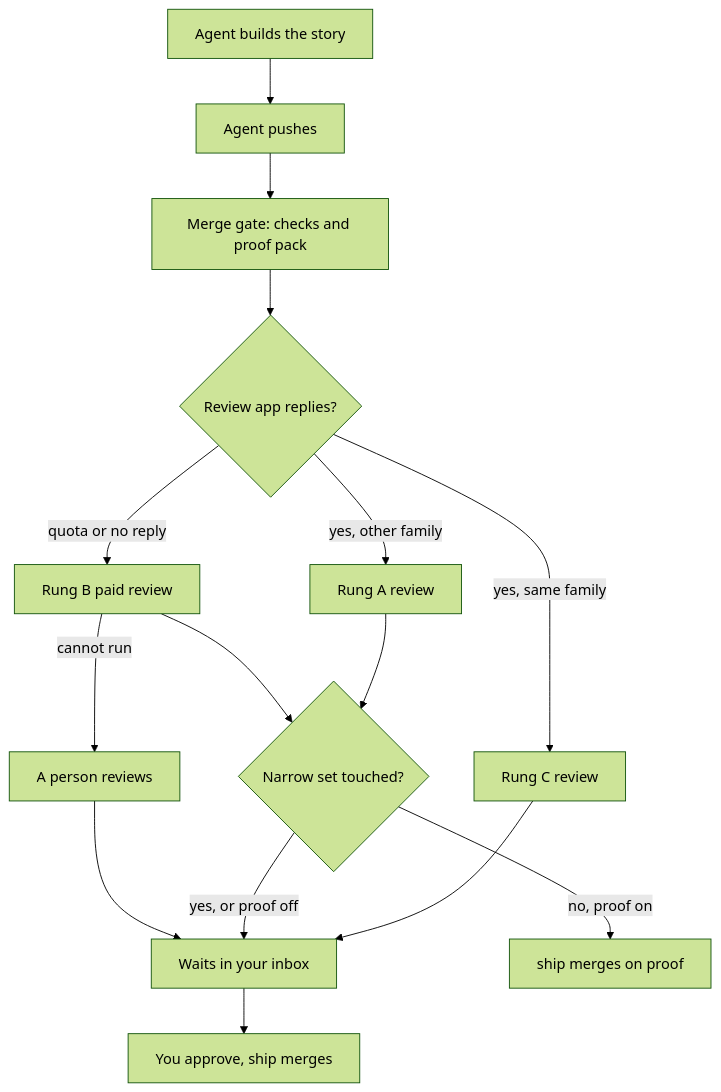
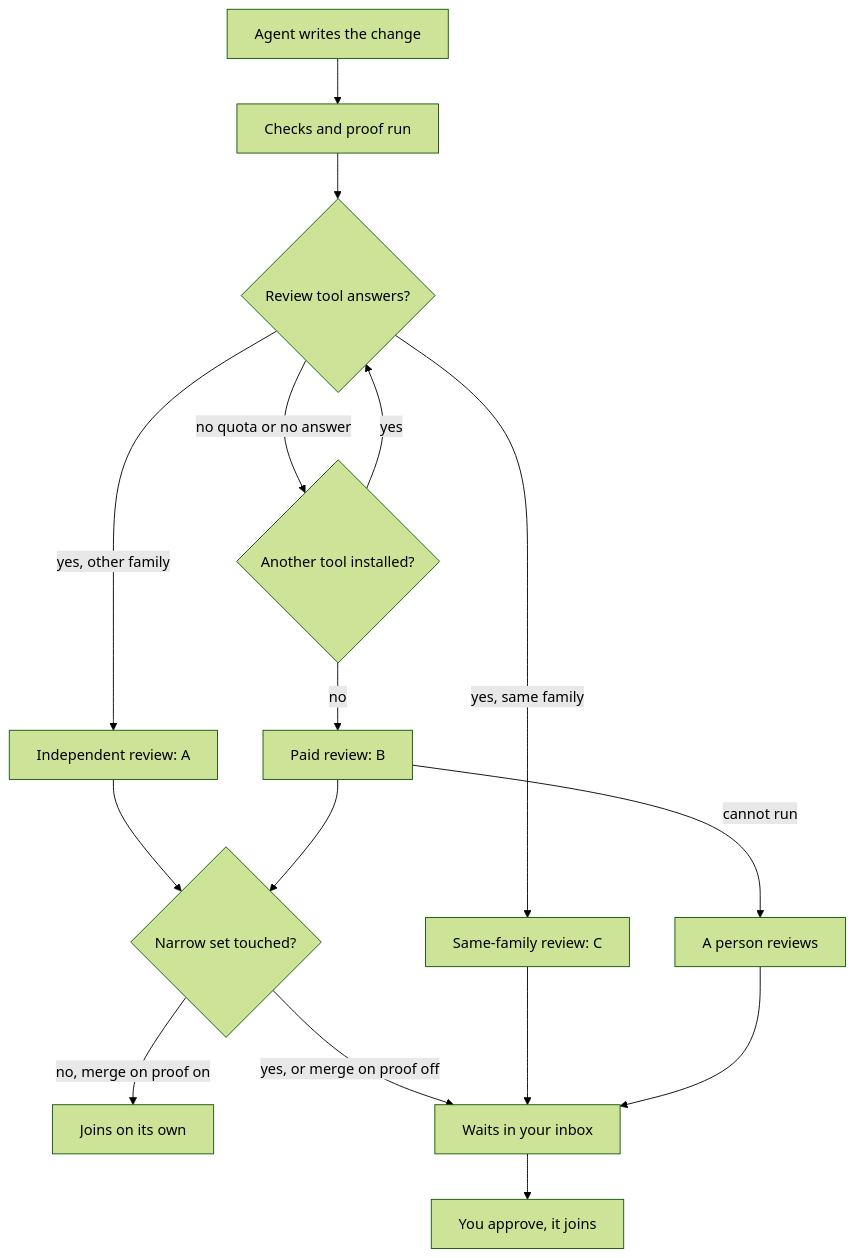
The diagram in docs/releases/v0.3.0.md (rahulnakmol/agentic-ayudha), drawn with Mermaid (forest theme) before and after one commit. The commit also changed other lines of this file and 2 other files, not shown here.

````diff
--- a/docs/releases/v0.3.0.md
+++ b/docs/releases/v0.3.0.md
@@ -74,17 +116,18 @@
 ```mermaid
 flowchart TD
-    A[Agent builds the story] --> B[Agent pushes]
-    B --> C[Merge gate: checks and proof pack]
-    C --> D{Review app replies?}
-    D -->|yes, other family| E[Rung A review]
-    D -->|yes, same family| C3[Rung C review]
-    C3 --> I
-    D -->|quota or no reply| F[Rung B paid review]
+    A[Agent writes the change] --> B[Checks and proof run]
+    B --> D{Review tool answers?}
+    D -->|yes, other family| E[Independent review: A]
+    D -->|yes, same family| C3[Same-family review: C]
+    D -->|no quota or no answer| N{Another tool installed?}
+    N -->|yes| D
+    N -->|no| F[Paid review: B]
     F -->|cannot run| P[A person reviews]
     E --> G{Narrow set touched?}
     F --> G
-    G -->|no, proof on| H[ship merges on proof]
-    G -->|yes, or proof off| I[Waits in your inbox]
+    G -->|no, merge on proof on| H[Joins on its own]
+    G -->|yes, or merge on proof off| I[Waits in your inbox]
+    C3 --> I
     P --> I
-    I --> J[You approve, ship merges]
+    I --> J[You approve, it joins]
 ```
````
